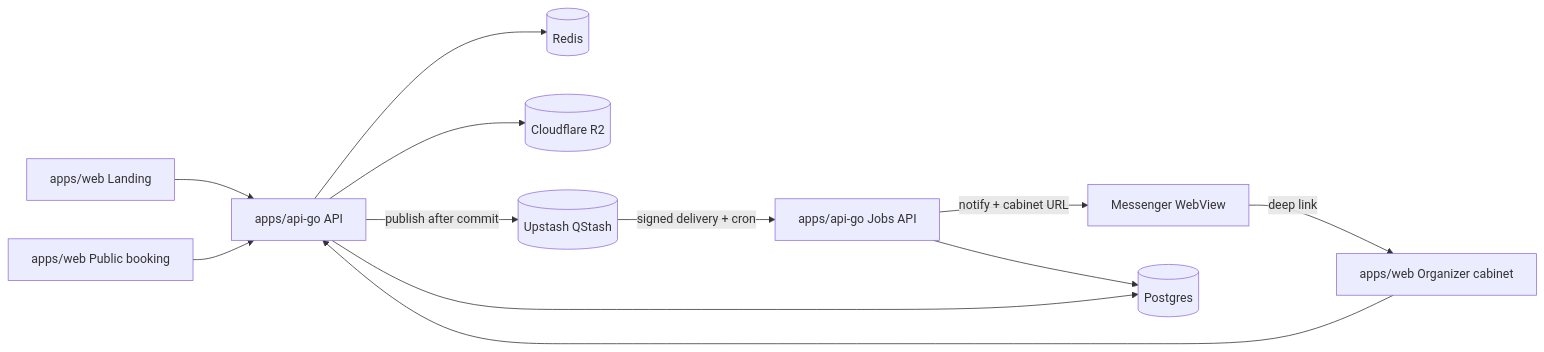
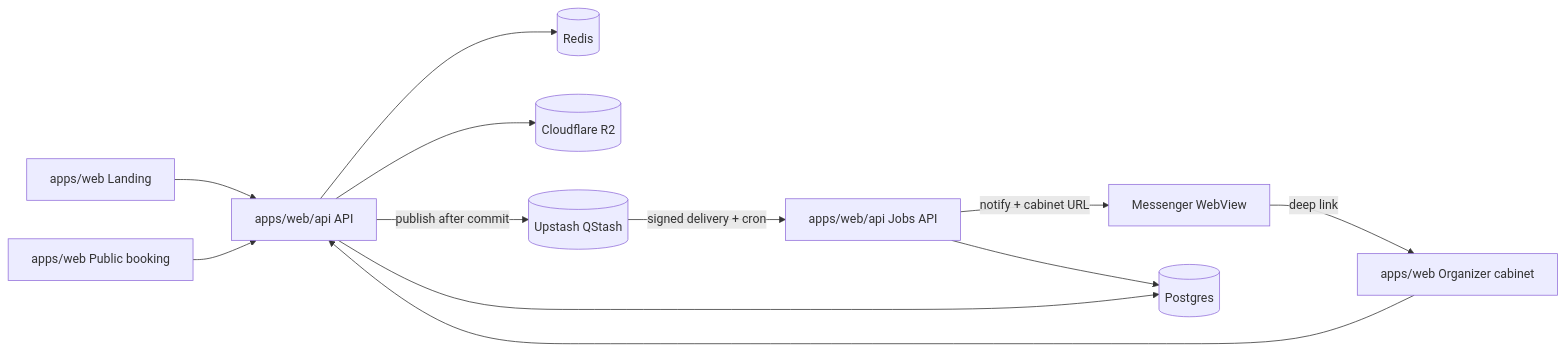
The diagram in docs/architecture.md (RM66/count-me-in), drawn with Mermaid before and after one commit. The commit also changed other lines of this file and 222 other files, not shown here.

````diff
--- a/docs/architecture.md
+++ b/docs/architecture.md
@@ -19,25 +19,25 @@
 ```mermaid
 flowchart LR
   Landing[apps/web Landing]
   Public[apps/web Public booking]
   Cabinet[apps/web Organizer cabinet]
   Messenger[Messenger WebView]
-  API[apps/api-go API]
-  Jobs[apps/api-go Jobs API]
+  API[apps/web/api API]
+  Jobs[apps/web/api Jobs API]
   DB[(Postgres)]
   Redis[(Redis)]
   R2[(Cloudflare R2)]
   QStash[(Upstash QStash)]
 
   Landing --> API
   Public --> API
   Cabinet --> API
   Messenger -->|"deep link"| Cabinet
   API -->|"publish after commit"| QStash
   QStash -->|"signed delivery + cron"| Jobs
   Jobs -->|"notify + cabinet URL"| Messenger
   Jobs --> DB
   API --> DB
   API --> Redis
   API --> R2
 ```
````
